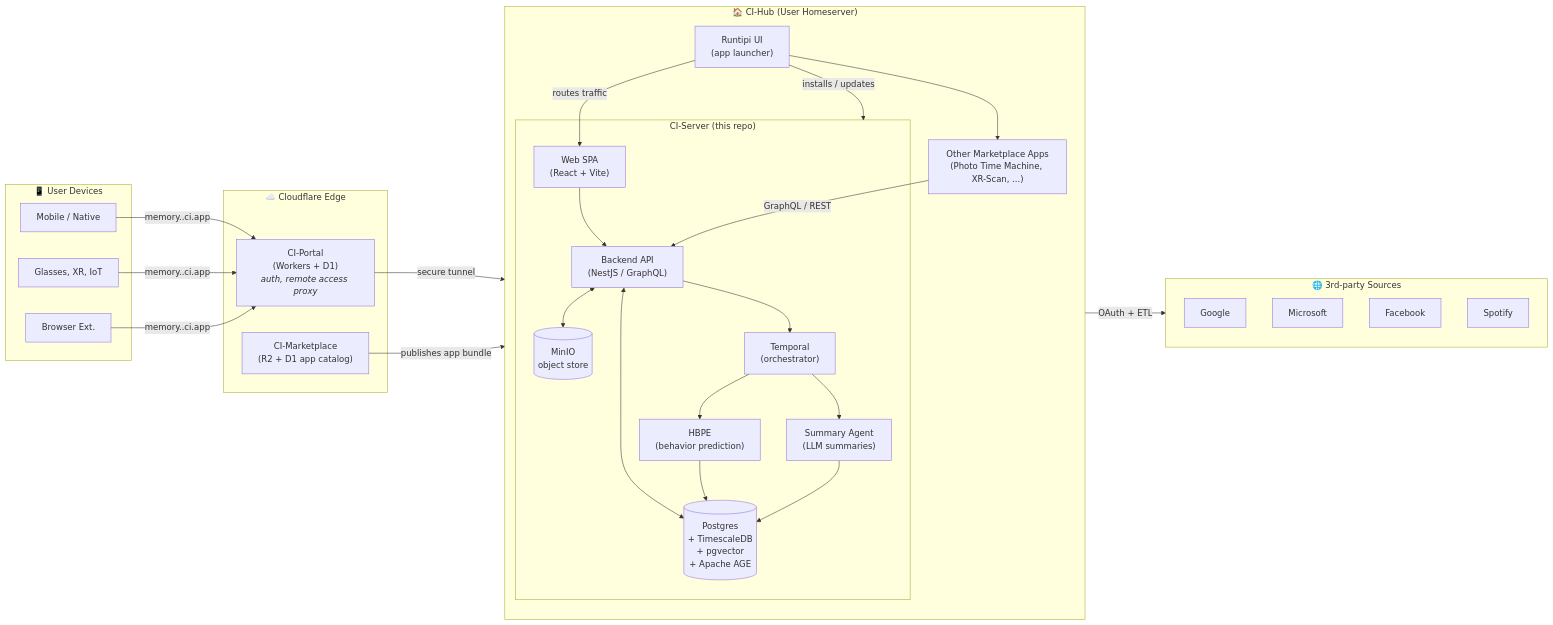
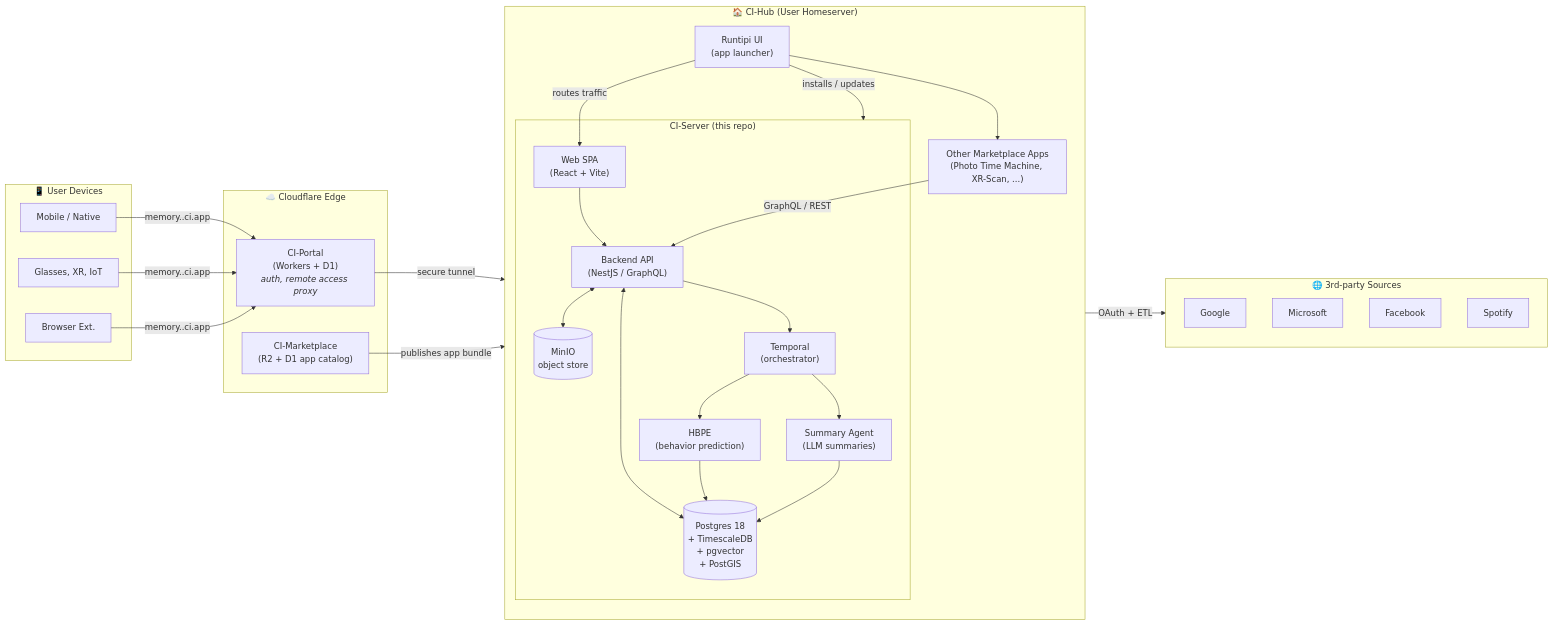
One commit to bennettchamberlain/Requiemv1 changed the first of 6 diagrams in docs/architecture/architecture.md. Above: the diagram before and after it, drawn with Mermaid. The commit also changed other lines of this file and 4 other files, not shown here.

First line of the commit message:
docs: reconcile stack facts across README, CLAUDE, copilot, architecture

````diff
--- a/docs/architecture/architecture.md
+++ b/docs/architecture/architecture.md
@@ -27,54 +27,54 @@
 ```mermaid
 flowchart LR
     subgraph CLOUD["☁️  Cloudflare Edge"]
         Portal["CI-Portal<br/>(Workers + D1)<br/><i>auth, remote access proxy</i>"]
         Market["CI-Marketplace<br/>(R2 + D1 app catalog)"]
     end
 
     subgraph HUB["🏠  CI-Hub (User Homeserver)"]
         direction TB
         HubUI["Runtipi UI<br/>(app launcher)"]
         subgraph SERVER["CI-Server (this repo)"]
             API["Backend API<br/>(NestJS / GraphQL)"]
             HBPE["HBPE<br/>(behavior prediction)"]
             SUM["Summary Agent<br/>(LLM summaries)"]
-            DB[("Postgres<br/>+ TimescaleDB<br/>+ pgvector<br/>+ Apache AGE")]
+            DB[("Postgres 18<br/>+ TimescaleDB<br/>+ pgvector<br/>+ PostGIS")]
             OBJ[("MinIO<br/>object store")]
             ORC["Temporal<br/>(orchestrator)"]
             Web["Web SPA<br/>(React + Vite)"]
         end
         OtherApps["Other Marketplace Apps<br/>(Photo Time Machine, XR-Scan, ...)"]
     end
 
     subgraph DEVICES["📱  User Devices"]
         Phone["Mobile / Native"]
         XR["Glasses, XR, IoT"]
         Browser["Browser Ext."]
     end
 
     subgraph THIRD["🌐 3rd-party Sources"]
         Google
         Microsoft
         Facebook
         Spotify
     end
 
     Phone & XR & Browser -- "memory.<user>.ci.app" --> Portal
     Portal -- secure tunnel --> HubUI
     HubUI -- routes traffic --> Web
     Web --> API
     Market -- "publishes app bundle" --> HubUI
     HubUI -- "installs / updates" --> SERVER
     HubUI --> OtherApps
     OtherApps -- "GraphQL / REST" --> API
 
     API <--> DB
     API <--> OBJ
     API --> ORC
     ORC --> HBPE
     ORC --> SUM
     HBPE --> DB
     SUM --> DB
 
     API -- OAuth + ETL --> THIRD
 ```
````
